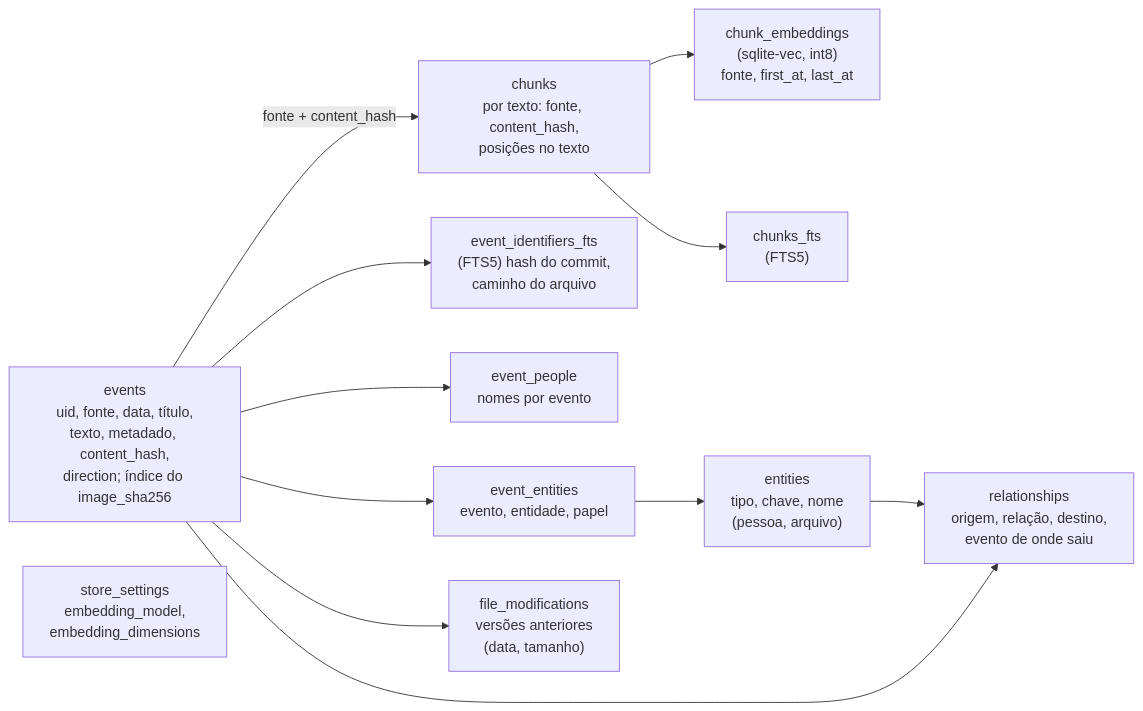
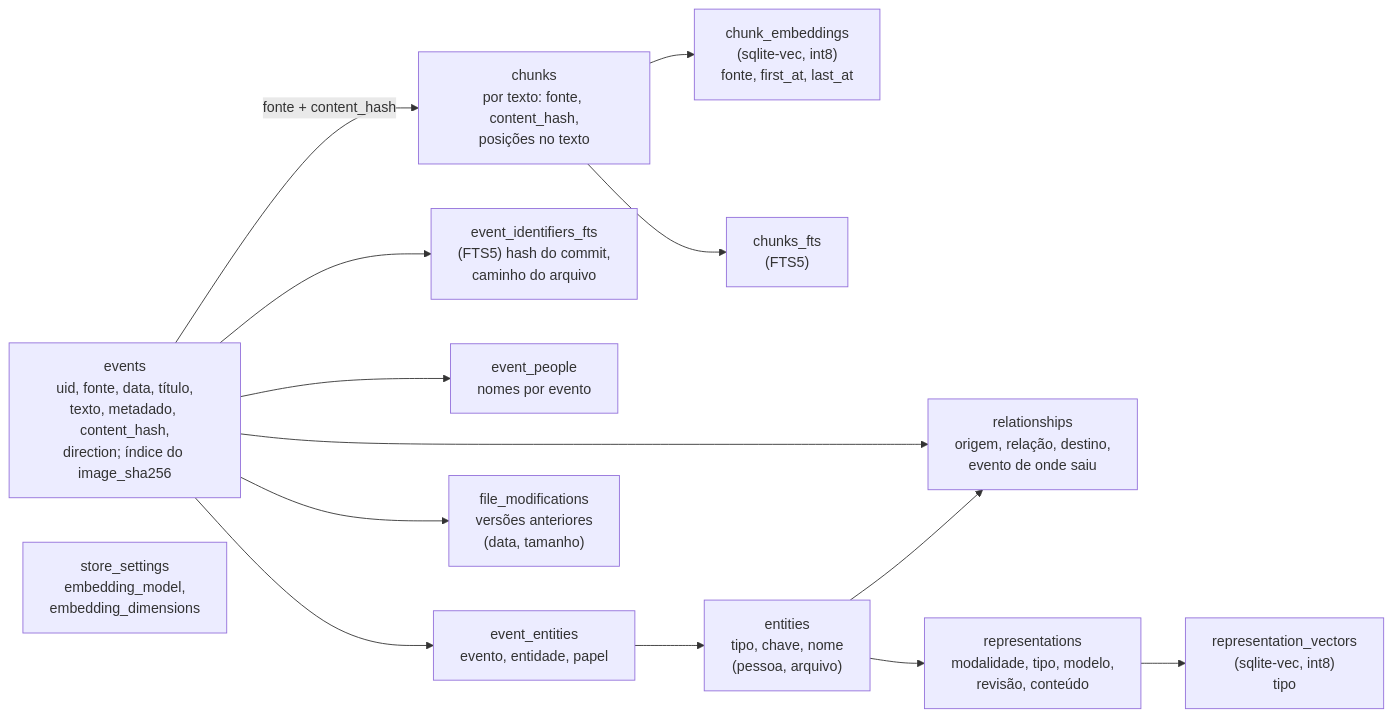
Before and after one commit to Chipskein/cade: diagram 12 of 12 in docs/ARCHITECTURE.md, drawn with Mermaid. The commit also changed other lines of this file and 5 other files, not shown here.

````diff
--- a/docs/ARCHITECTURE.md
+++ b/docs/ARCHITECTURE.md
@@ -493,24 +493,27 @@
 ```mermaid
 flowchart LR
     events["events<br/>uid, fonte, data, título,<br/>texto, metadado, content_hash,<br/>direction; índice do image_sha256"]
     chunks["chunks<br/>por texto: fonte, content_hash,<br/>posições no texto"]
     vec["chunk_embeddings<br/>(sqlite-vec, int8)<br/>fonte, first_at, last_at"]
     fts["chunks_fts<br/>(FTS5)"]
     ids["event_identifiers_fts<br/>(FTS5) hash do commit,<br/>caminho do arquivo"]
     people["event_people<br/>nomes por evento"]
     entities["entities<br/>tipo, chave, nome<br/>(pessoa, arquivo)"]
     links["event_entities<br/>evento, entidade, papel"]
     relations["relationships<br/>origem, relação, destino,<br/>evento de onde saiu"]
+    reps["representations<br/>modalidade, tipo, modelo,<br/>revisão, conteúdo"]
+    repvec["representation_vectors<br/>(sqlite-vec, int8)<br/>tipo"]
     files["file_modifications<br/>versões anteriores<br/>(data, tamanho)"]
     settings["store_settings<br/>embedding_model,<br/>embedding_dimensions"]
 
     events -->|"fonte + content_hash"| chunks
     chunks --> vec
     chunks --> fts
     events --> ids
     events --> people
     events --> files
     events --> links --> entities
     entities --> relations
     events --> relations
+    entities --> reps --> repvec
 ```
````
